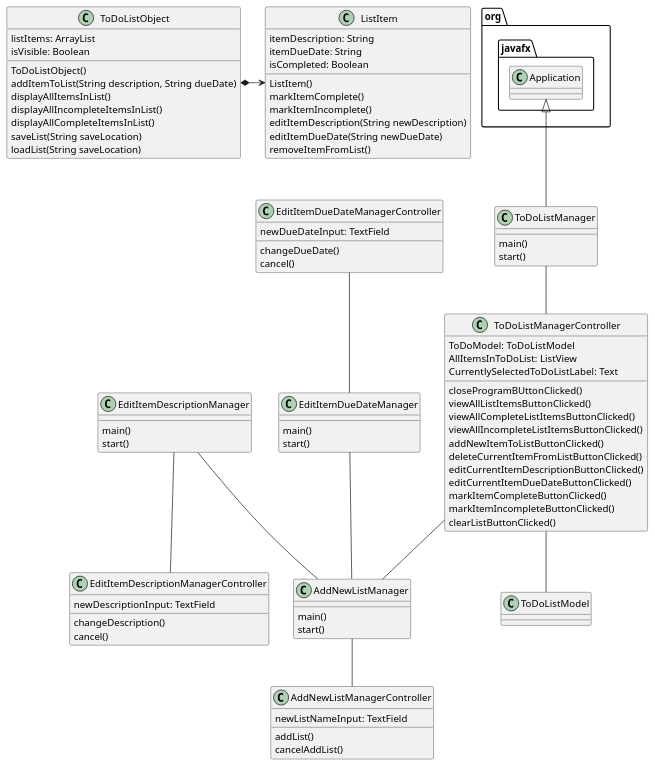
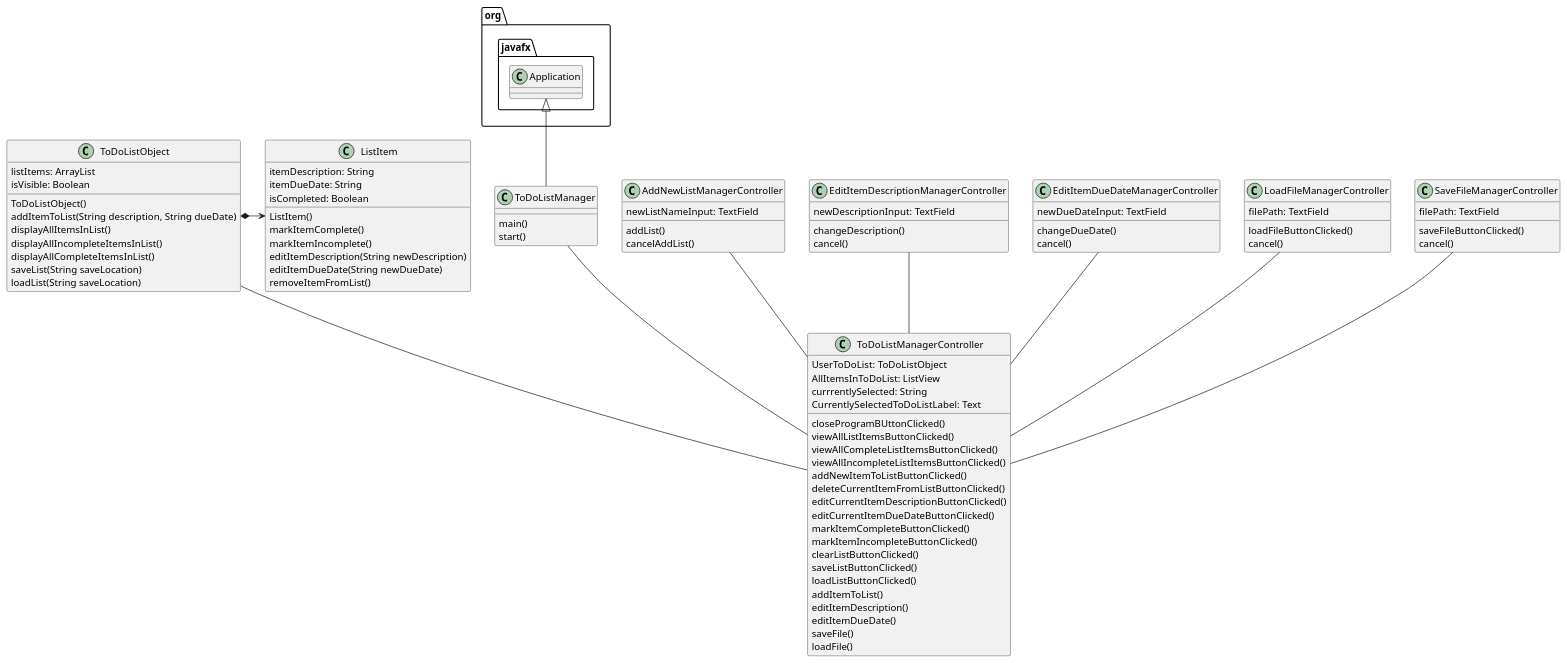
The diagram in uml/ToDoListDiagram.puml (theolinardic/To-Do-List-App), drawn with PlantUML before and after one commit. The commit also changed 9 other files, not shown here.

```diff
--- a/uml/ToDoListDiagram.puml
+++ b/uml/ToDoListDiagram.puml
@@ -1,109 +1,114 @@
 @startuml
 'https://plantuml.com/class-diagram
 
 
 class ToDoListManager{
     main()
     start()
 }
 
 class ToDoListManagerController{
-    ToDoModel: ToDoListModel
+    UserToDoList: ToDoListObject
     AllItemsInToDoList: ListView
+    currrentlySelected: String
     CurrentlySelectedToDoListLabel: Text
+
 
     closeProgramBUttonClicked()
     viewAllListItemsButtonClicked()
     viewAllCompleteListItemsButtonClicked()
     viewAllIncompleteListItemsButtonClicked()
     addNewItemToListButtonClicked()
     deleteCurrentItemFromListButtonClicked()
     editCurrentItemDescriptionButtonClicked()
     editCurrentItemDueDateButtonClicked()
     markItemCompleteButtonClicked()
     markItemIncompleteButtonClicked()
     clearListButtonClicked()
+    saveListButtonClicked()
+    loadListButtonClicked()
+    addItemToList()
+    editItemDescription()
+    editItemDueDate()
+    saveFile()
+    loadFile()
 
     'GUI event handelers'
 }
 
 class ToDoListObject{
     listItems: ArrayList
     isVisible: Boolean
 
     ToDoListObject()
     addItemToList(String description, String dueDate)
     displayAllItemsInList()
     displayAllIncompleteItemsInList()
     displayAllCompleteItemsInList()
     saveList(String saveLocation)
     loadList(String saveLocation)
 }
 
 class ListItem{
     itemDescription: String
     itemDueDate: String
     isCompleted: Boolean
 
     ListItem()
     markItemComplete()
     markItemIncomplete()
     editItemDescription(String newDescription)
     editItemDueDate(String newDueDate)
     removeItemFromList()
 }
 
-class AddNewListManager{
-
-    main()
-    start()
-
-}
 
 class AddNewListManagerController{
     newListNameInput: TextField
 
     addList()
     cancelAddList()
-}
-
-class EditItemDescriptionManager{
-    main()
-    start()
 }
 
 class EditItemDescriptionManagerController{
     newDescriptionInput: TextField
 
     changeDescription()
     cancel()
 }
 
-class EditItemDueDateManager{
-    main()
-    start()
-}
-
 class EditItemDueDateManagerController{
     newDueDateInput: TextField
 
     changeDueDate()
     cancel()
 }
 
+class LoadFileManagerController{
+    filePath: TextField
+
+    loadFileButtonClicked()
+    cancel()
+}
+
+class SaveFileManagerController{
+filePath: TextField
+
+    saveFileButtonClicked()
+    cancel()
+}
+
 org.javafx.Application <|-- ToDoListManager
-ToDoListManager-- ToDoListManagerController
-ToDoListManagerController -- ToDoListModel
+ToDoListManager -- ToDoListManagerController
 ToDoListObject *-> ListItem
+ToDoListObject -- ToDoListManagerController
 
-ToDoListManagerController -- AddNewListManager
-AddNewListManager -- AddNewListManagerController
+AddNewListManagerController -- ToDoListManagerController
+EditItemDescriptionManagerController -- ToDoListManagerController
+EditItemDueDateManagerController -- ToDoListManagerController
+LoadFileManagerController -- ToDoListManagerController
+SaveFileManagerController -- ToDoListManagerController
 
-EditItemDescriptionManager -- AddNewListManager
-EditItemDescriptionManager -- EditItemDescriptionManagerController
-
-EditItemDueDateManager -- AddNewListManager
-EditItemDueDateManagerController --EditItemDueDateManager
 
 
 @enduml
```
